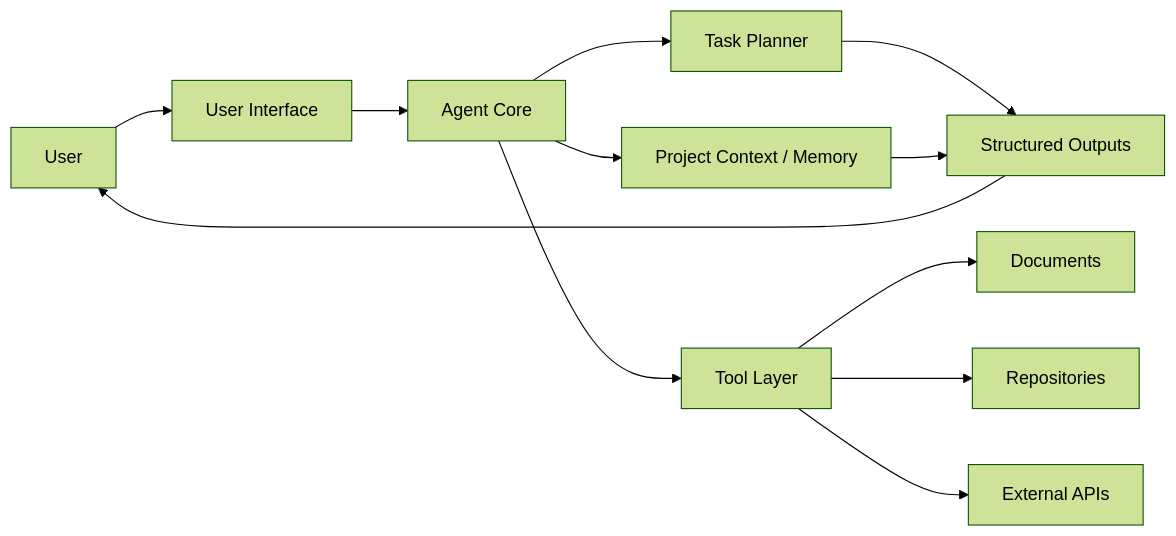
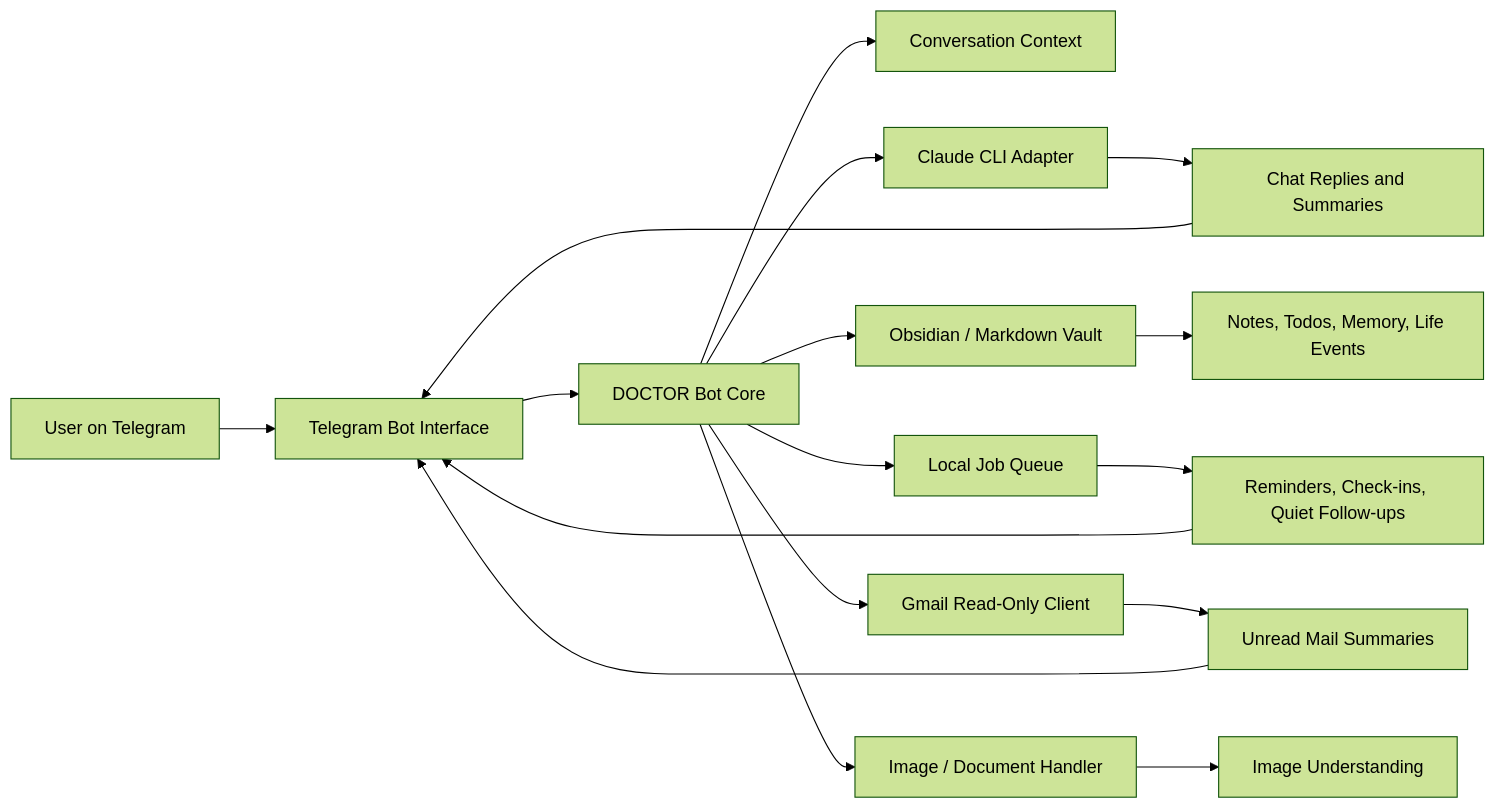
Before and after one commit to t9ouclwa/AI-Productivity-Agent: the diagram in README.md, drawn with Mermaid (forest theme). The commit also changed other lines of this file and 2 other files, not shown here.

Commit message:
Document DOCTOR project

````diff
--- a/README.md
+++ b/README.md
@@ -27,14 +42,22 @@
 ```mermaid
 flowchart LR
-    User["User"] --> Interface["User Interface"]
-    Interface --> AgentCore["Agent Core"]
-    AgentCore --> Planner["Task Planner"]
-    AgentCore --> Memory["Project Context / Memory"]
-    AgentCore --> Tools["Tool Layer"]
-    Tools --> Documents["Documents"]
-    Tools --> Repositories["Repositories"]
-    Tools --> ExternalAPIs["External APIs"]
-    Planner --> Outputs["Structured Outputs"]
-    Memory --> Outputs
-    Outputs --> User
+    User["User on Telegram"] --> Telegram["Telegram Bot Interface"]
+    Telegram --> Bot["DOCTOR Bot Core"]
+
+    Bot --> Context["Conversation Context"]
+    Bot --> LLM["Claude CLI Adapter"]
+    Bot --> Vault["Obsidian / Markdown Vault"]
+    Bot --> Jobs["Local Job Queue"]
+    Bot --> Gmail["Gmail Read-Only Client"]
+    Bot --> Media["Image / Document Handler"]
+
+    LLM --> Replies["Chat Replies and Summaries"]
+    Vault --> Notes["Notes, Todos, Memory, Life Events"]
+    Jobs --> Reminders["Reminders, Check-ins, Quiet Follow-ups"]
+    Gmail --> MailSummary["Unread Mail Summaries"]
+    Media --> ImageUnderstanding["Image Understanding"]
+
+    Replies --> Telegram
+    Reminders --> Telegram
+    MailSummary --> Telegram
 ```
````
